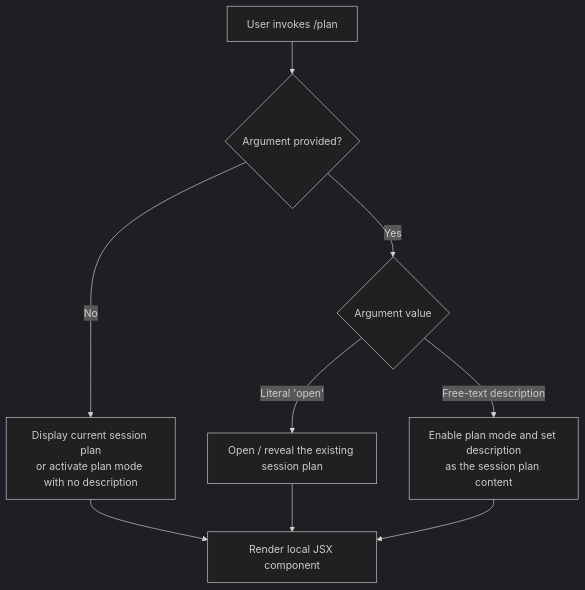
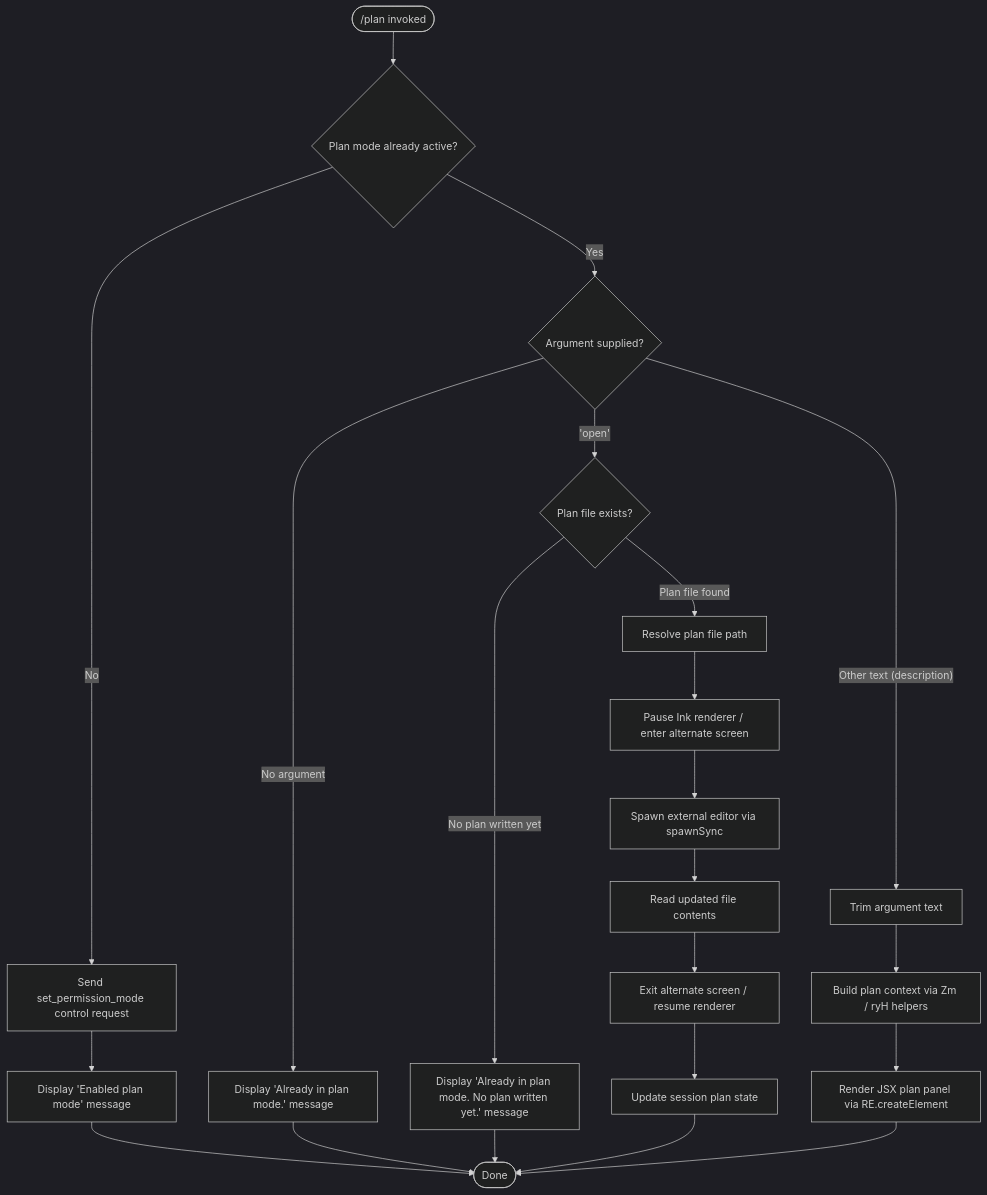
The diagram in versions/v2.1.158/plan.md (MyLittleLuckyDog/cc-gnothi), drawn with Mermaid (dark theme) before and after one commit. The commit also changed other lines of this file and 593 other files, not shown here.

````diff
--- a/versions/v2.1.158/plan.md
+++ b/versions/v2.1.158/plan.md
@@ -47,11 +55,31 @@
 ```mermaid
 flowchart TD
-    A[User invokes /plan] --> B{Argument provided?}
-    B -- No --> C[Display current session plan\nor activate plan mode with no description]
-    B -- Yes --> D{Argument value}
-    D -- Literal 'open' --> E[Open / reveal the existing session plan]
-    D -- Free-text description --> F[Enable plan mode and set description\nas the session plan content]
-    C --> G[Render local JSX component]
-    E --> G
-    F --> G
+    A(["/plan invoked"]) --> B{Plan mode already active?}
+
+    B -- No --> C[Send set_permission_mode control request]
+    C --> D[Display 'Enabled plan mode' message]
+    D --> E([Done])
+
+    B -- Yes --> F{Argument supplied?}
+
+    F -- "No argument" --> G[Display 'Already in plan mode.' message]
+    G --> E
+
+    F -- "'open'" --> H{Plan file exists?}
+
+    H -- "No plan written yet" --> I[Display 'Already in plan mode. No plan written yet.' message]
+    I --> E
+
+    H -- "Plan file found" --> J[Resolve plan file path]
+    J --> K[Pause Ink renderer / enter alternate screen]
+    K --> L[Spawn external editor via spawnSync]
+    L --> M[Read updated file contents]
+    M --> N[Exit alternate screen / resume renderer]
+    N --> O[Update session plan state]
+    O --> E
+
+    F -- "Other text (description)" --> P[Trim argument text]
+    P --> Q[Build plan context via Zm / ryH helpers]
+    Q --> R[Render JSX plan panel via RE.createElement]
+    R --> E
 ```
````
